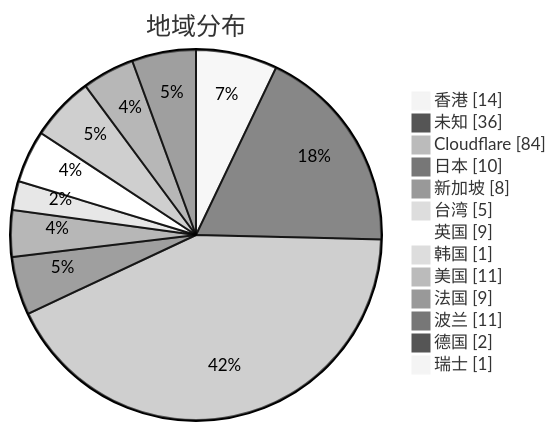
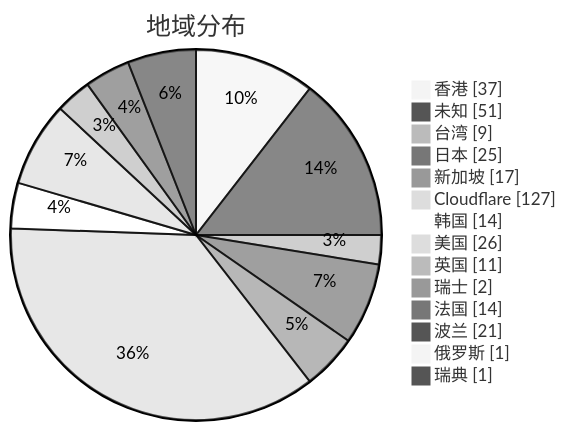
One commit to qjlxg/airport changed the second of 3 diagrams in subs/statistics/tested_within.md. Above: the diagram before and after it, drawn with Mermaid (neutral theme). The commit also changed other lines of this file and 2 other files, not shown here.

Commit message:
Tested by metaST

````diff
--- a/subs/statistics/tested_within.md
+++ b/subs/statistics/tested_within.md
@@ -12,17 +13,18 @@
 ```mermaid
 pie showData
 title 地域分布
-"香港" : 14
-"未知" : 36
-"Cloudflare" : 84
-"日本" : 10
-"新加坡" : 8
-"台湾" : 5
-"英国" : 9
-"韩国" : 1
-"美国" : 11
-"法国" : 9
-"波兰" : 11
-"德国" : 2
-"瑞士" : 1
+"香港" : 37
+"未知" : 51
+"台湾" : 9
+"日本" : 25
+"新加坡" : 17
+"Cloudflare" : 127
+"韩国" : 14
+"美国" : 26
+"英国" : 11
+"瑞士" : 2
+"法国" : 14
+"波兰" : 21
+"俄罗斯" : 1
+"瑞典" : 1
 ```
````
